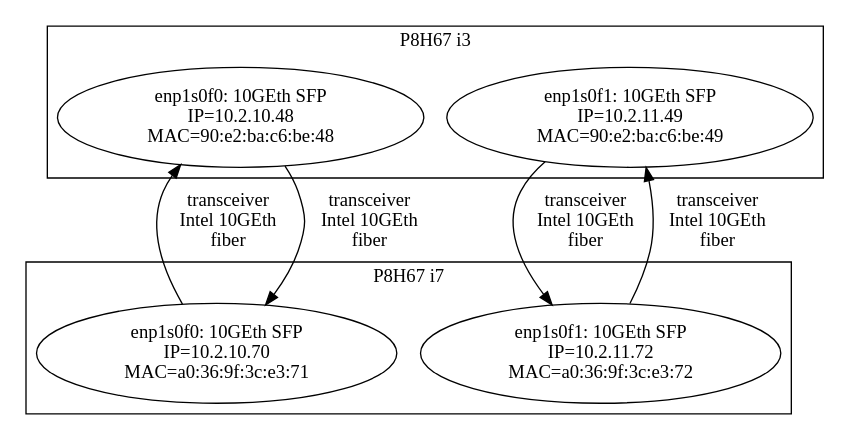
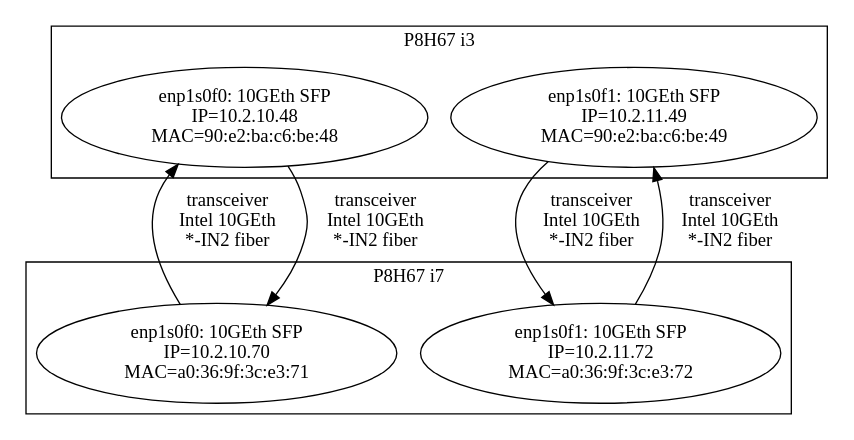
Before and after one commit to AdrielEP/test: the diagram in graph.dot, drawn with Graphviz. The commit also changed 1 other file, not shown here.

Commit message:
graph: desc.

```diff
--- a/graph.dot
+++ b/graph.dot
@@ -1,19 +1,19 @@
 digraph REActif_transceiver           
 {
   subgraph cluster_i3
   {label="P8H67 i3"
     i0f0[label="enp1s0f0: 10GEth SFP\n IP=10.2.10.48\n MAC=90:e2:ba:c6:be:48"]
     i0f1[label="enp1s0f1: 10GEth SFP\n IP=10.2.11.49\n MAC=90:e2:ba:c6:be:49"]
   }//i3
 
   subgraph cluster_i7
   {label="P8H67 i7"
     i1f0[label="enp1s0f0: 10GEth SFP\n IP=10.2.10.70\n MAC=a0:36:9f:3c:e3:71"]
     i1f1[label="enp1s0f1: 10GEth SFP\n IP=10.2.11.72\n MAC=a0:36:9f:3c:e3:72"]
   }//i7
 
- i0f0 -> i1f0 [label="transceiver\n Intel 10GEth\n fiber"]
- i0f1 -> i1f1 [label="transceiver\n Intel 10GEth\n fiber"]
- i1f0 -> i0f0 [label="transceiver\n Intel 10GEth\n fiber"]
- i1f1 -> i0f1 [label="transceiver\n Intel 10GEth\n fiber"]
+ i0f0 -> i1f0 [label="transceiver\n Intel 10GEth \n*-IN2 fiber"]
+ i0f1 -> i1f1 [label="transceiver\n Intel 10GEth \n*-IN2 fiber"]
+ i1f0 -> i0f0 [label="transceiver\n Intel 10GEth \n*-IN2 fiber"]
+ i1f1 -> i0f1 [label="transceiver\n Intel 10GEth \n*-IN2 fiber"]
 }
```
